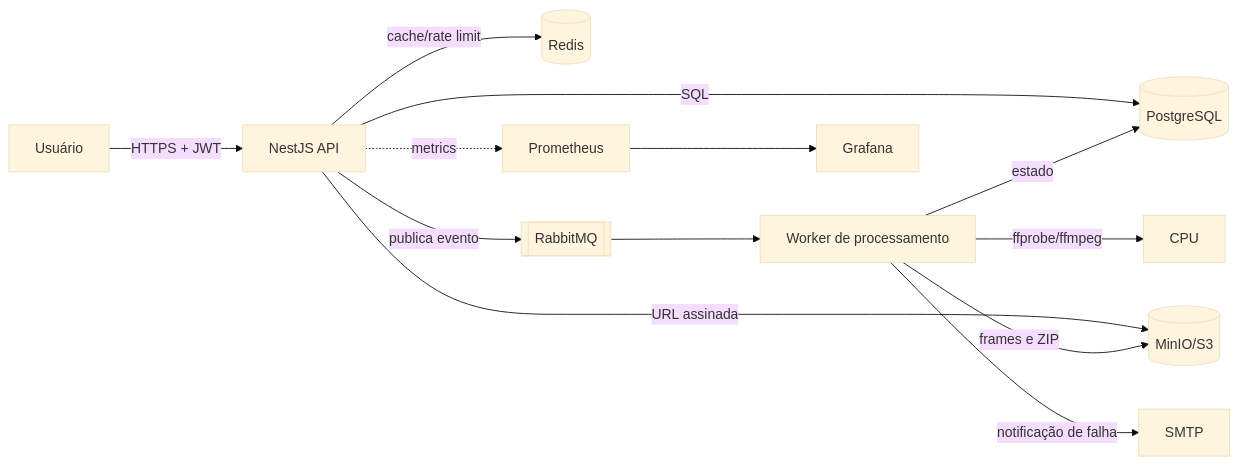
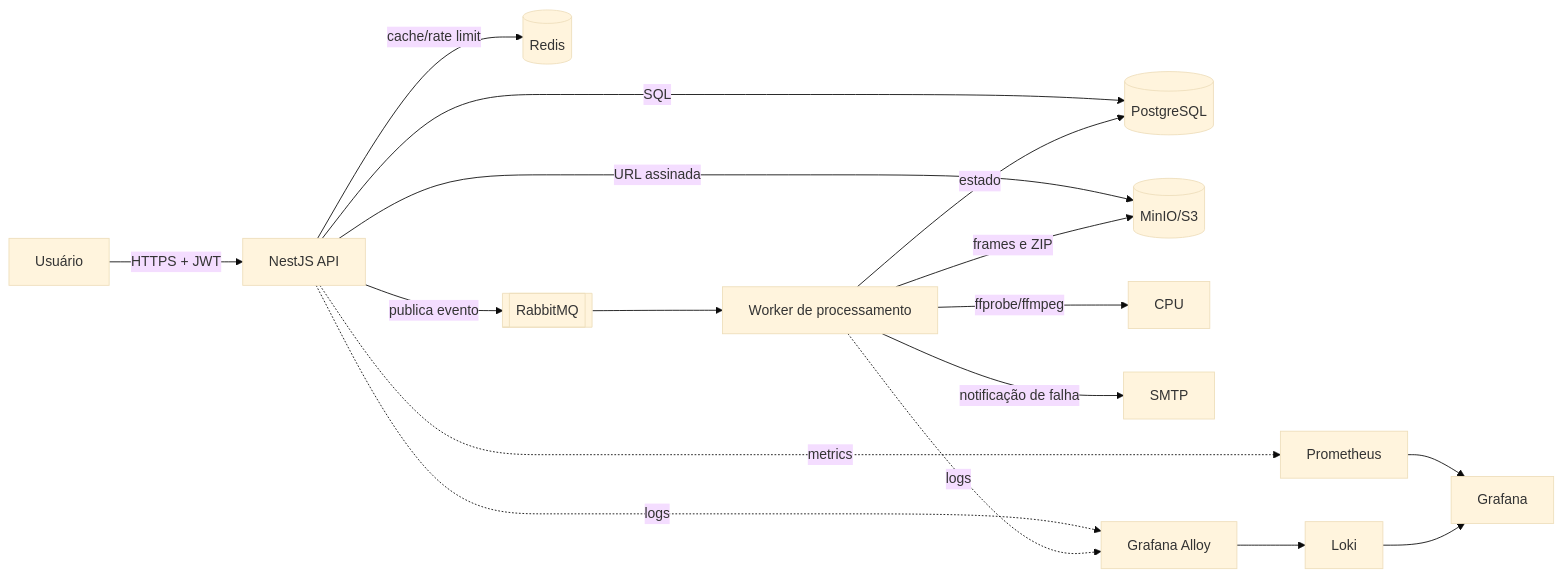
The diagram in README.md (cesargomesjr/video-processing-platform), drawn with Mermaid (base theme) before and after one commit. The commit also changed other lines of this file and 2 other files, not shown here.

````diff
--- a/README.md
+++ b/README.md
@@ -34,17 +34,21 @@
 ```mermaid
 flowchart LR
     U[Usuário] -->|HTTPS + JWT| API[NestJS API]
     API -->|SQL| PG[(PostgreSQL)]
     API -->|cache/rate limit| RD[(Redis)]
     API -->|publica evento| MQ[[RabbitMQ]]
     API -->|URL assinada| S3[(MinIO/S3)]
 
     MQ --> W[Worker de processamento]
     W -->|ffprobe/ffmpeg| CPU
     W -->|frames e ZIP| S3
     W -->|estado| PG
     W -->|notificação de falha| SMTP
 
     API -.metrics.-> PROM[Prometheus]
+    API -.logs.-> ALLOY[Grafana Alloy]
+    W -.logs.-> ALLOY
+    ALLOY --> LOKI[Loki]
     PROM --> GRAF[Grafana]
+    LOKI --> GRAF
 ```
````
